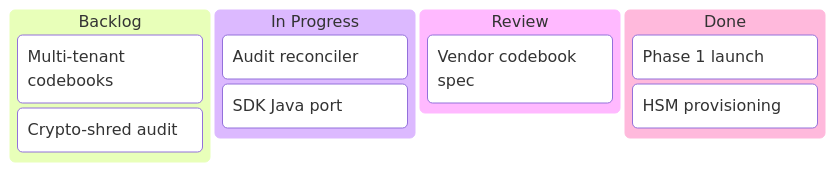
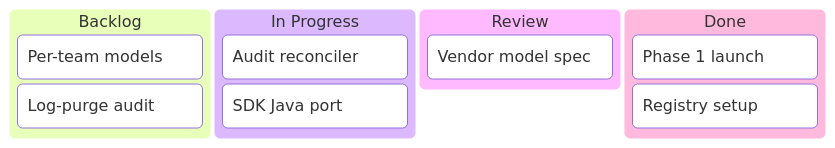
One commit to SlideWright/lattice changed diagram 19 of 25 in lib/components/diagram/diagram/diagram.gallery.md. Above: the diagram before and after it, drawn with Mermaid. The commit also changed other lines of this file and 4 other files, not shown here.

First line of the commit message:
content: re-theme the diagram + baseline showcase decks off codebook

````diff
--- a/lib/components/diagram/diagram/diagram.gallery.md
+++ b/lib/components/diagram/diagram/diagram.gallery.md
@@ -565,14 +565,14 @@
 ```mermaid
 kanban
   Backlog
-    [Multi-tenant codebooks]
-    [Crypto-shred audit]
+    [Per-team models]
+    [Log-purge audit]
   In Progress
     [Audit reconciler]
     [SDK Java port]
   Review
-    [Vendor codebook spec]
+    [Vendor model spec]
   Done
     [Phase 1 launch]
-    [HSM provisioning]
+    [Registry setup]
 ```
````
